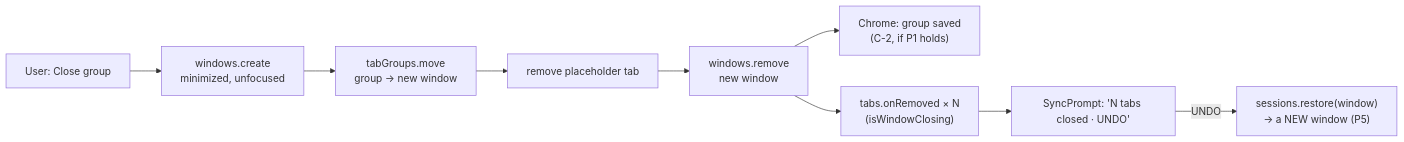
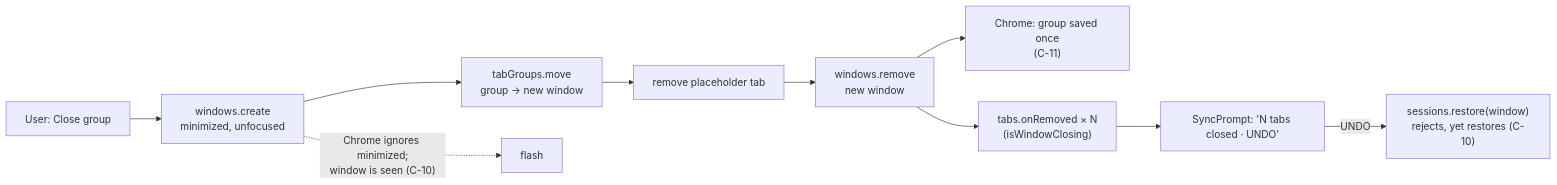
One commit to RostK/conscious-tabs changed the diagram in specs/tab-list/SPEC-06-2026-10-14-closing-a-tab-group.md. Above: the diagram before and after it, drawn with Mermaid. The commit also changed other lines of this file and 2 other files, not shown here.

````diff
--- a/specs/tab-list/SPEC-06-2026-10-14-closing-a-tab-group.md
+++ b/specs/tab-list/SPEC-06-2026-10-14-closing-a-tab-group.md
@@ -96,11 +106,12 @@
 ```mermaid
 flowchart LR
   X["User: Close group"] --> W["windows.create<br/>minimized, unfocused"]
   W --> M["tabGroups.move<br/>group → new window"]
   M --> P["remove placeholder tab"]
   P --> R["windows.remove<br/>new window"]
-  R --> S["Chrome: group saved<br/>(C-2, if P1 holds)"]
+  R --> S["Chrome: group saved once<br/>(C-11)"]
   R --> E["tabs.onRemoved × N<br/>(isWindowClosing)"]
   E --> U["SyncPrompt: 'N tabs closed · UNDO'"]
-  U -->|UNDO| SR["sessions.restore(window)<br/>→ a NEW window (P5)"]
+  U -->|UNDO| SR["sessions.restore(window)<br/>rejects, yet restores (C-10)"]
+  W -. "Chrome ignores minimized;<br/>window is seen (C-10)" .-> F["flash"]
 ```
````
